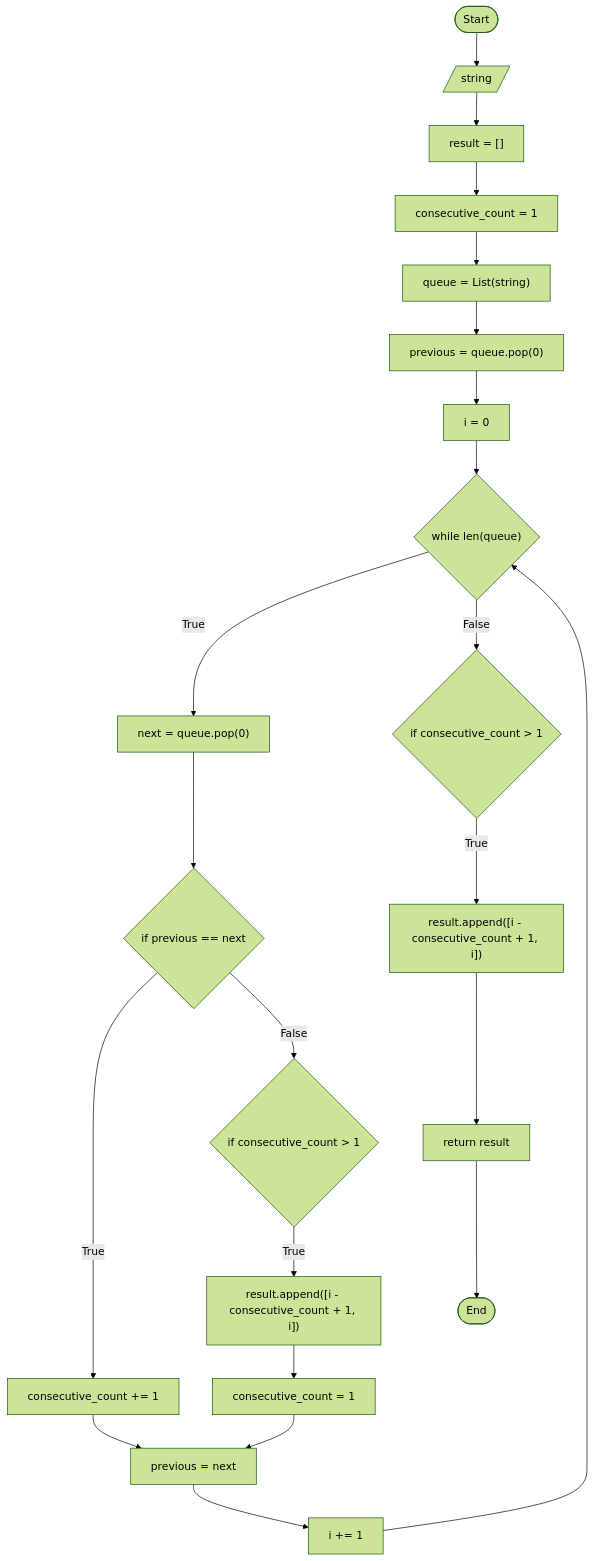
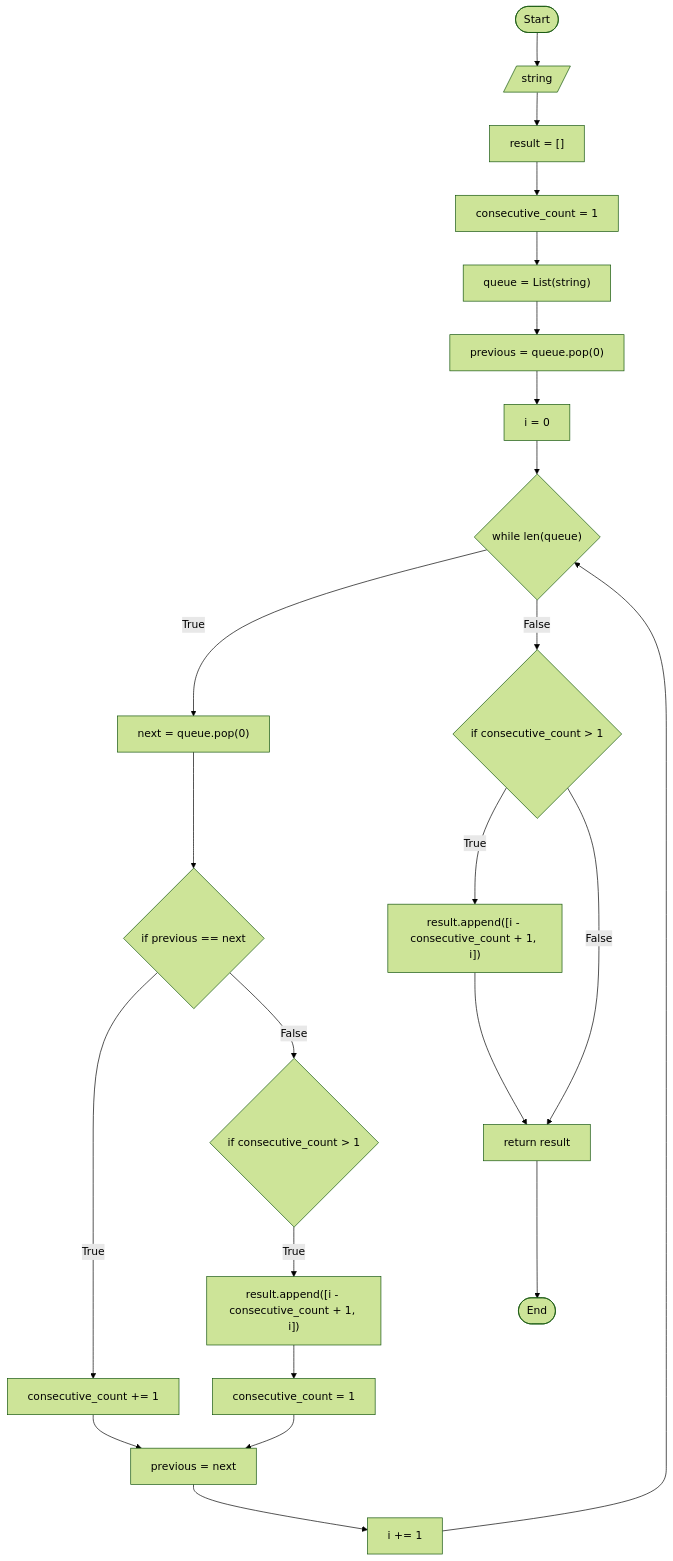
One commit to mikerusensei/flowcharts changed the diagram in functions/function_101/README.md. Above: the diagram before and after it, drawn with Mermaid (forest theme).

````diff
--- a/functions/function_101/README.md
+++ b/functions/function_101/README.md
@@ -13,46 +13,47 @@
 ```mermaid
     flowchart TD
         start([Start])
         string[/string/]
         result["result = []"]
         con_count["consecutive_count = 1"]
         list_str["queue = List(string)"]
         previous["previous = queue.pop(0)"]
         iterator["i = 0"]
         loop{"while len(queue)"}
         next["next = queue.pop(0)"]
         is_equal{"if previous == next"}
         add_con_count["consecutive_count += 1"]
         re_assign["previous = next"]
         add_i["i += 1"]
         check_inside{"if consecutive_count > 1"}
         append_inside["result.append([i - consecutive_count + 1, i])"]
         reset_con_count["consecutive_count = 1"]
         check_outside{"if consecutive_count > 1"}
         append_outside["result.append([i - consecutive_count + 1, i])"]
         return_result["return result"]
         terminate([End])
 
 
         start --> string
         string --> result
         result --> con_count
         con_count --> list_str
         list_str --> previous
         previous --> iterator
         iterator --> loop
         loop -- True --> next
         next --> is_equal
         is_equal -- True --> add_con_count
         add_con_count --> re_assign
         is_equal -- False --> check_inside
         check_inside -- True --> append_inside
         append_inside --> reset_con_count
         reset_con_count --> re_assign
         re_assign --> add_i
         add_i --> loop
         loop -- False --> check_outside
         check_outside -- True --> append_outside
+        check_outside -- False --> return_result
         append_outside --> return_result
         return_result --> terminate
 ```
````
